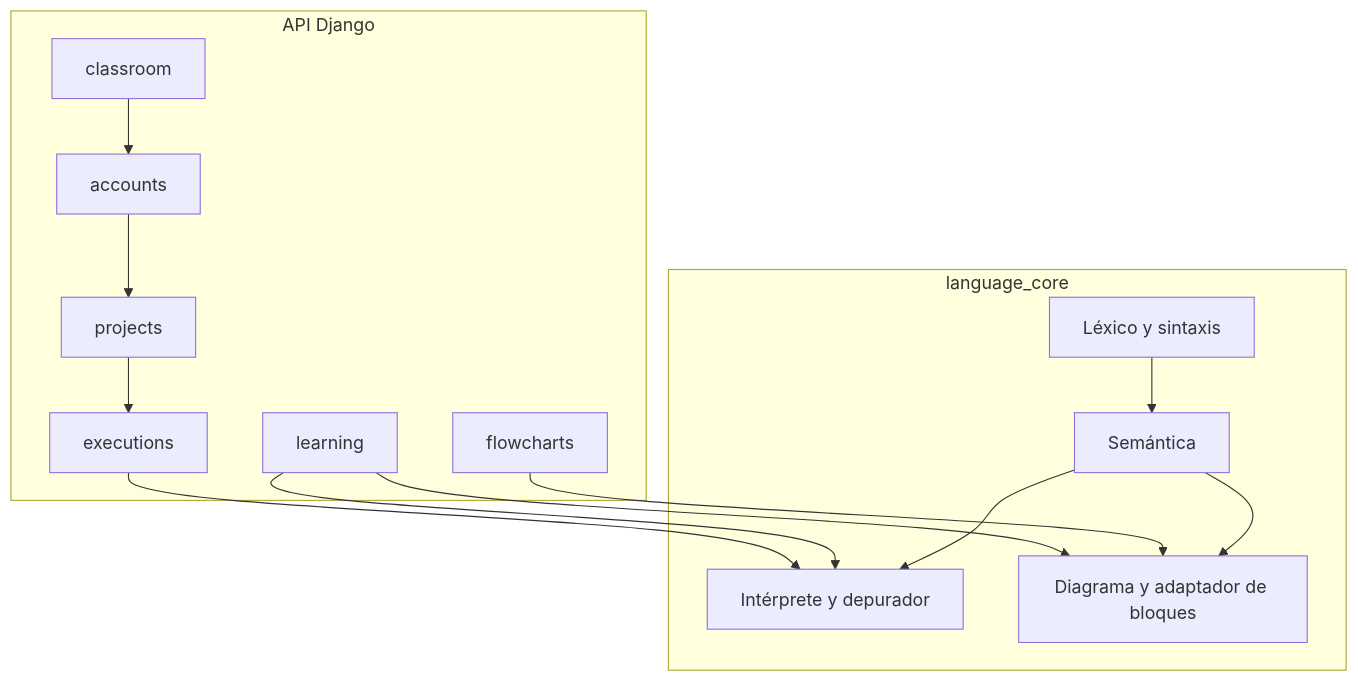
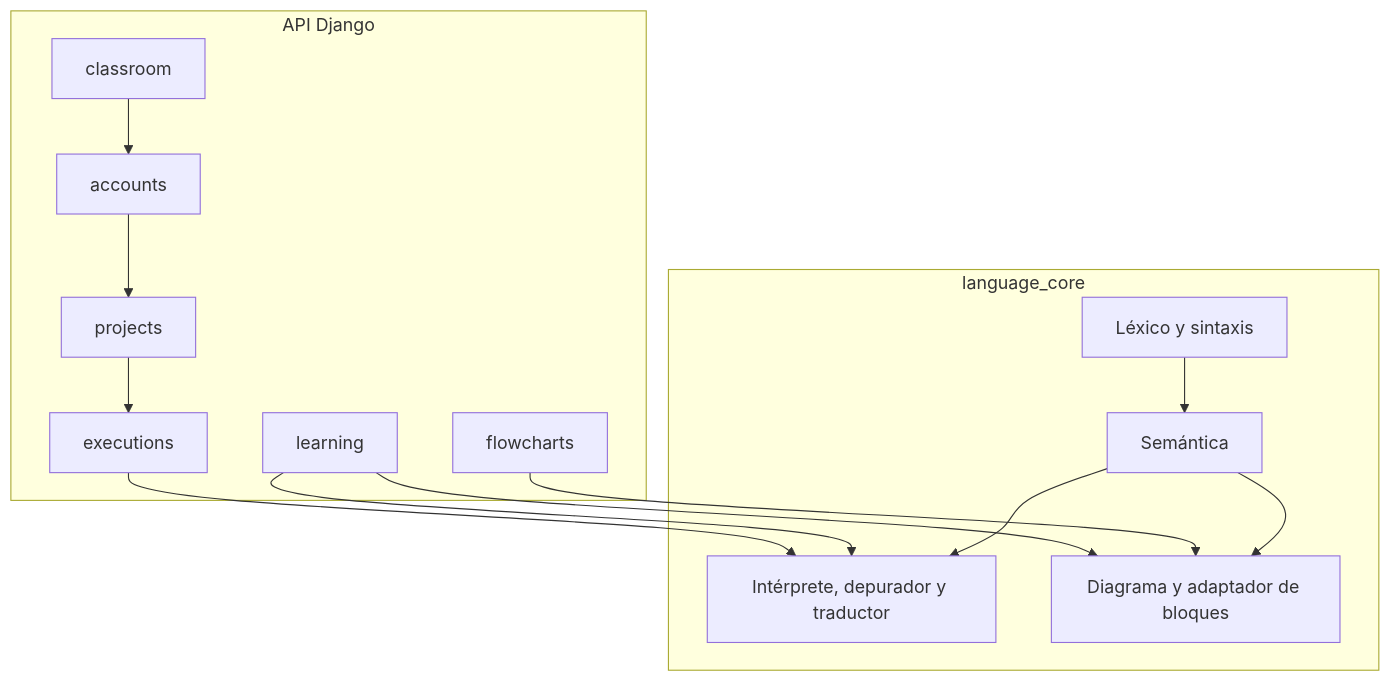
One commit to roque-code/FCDesign_client_server changed the third of 3 diagrams in docs/vistas/diagrama-c4.md. Above: the diagram before and after it, drawn with Mermaid. The commit also changed other lines of this file and 62 other files, not shown here.

````diff
--- a/docs/vistas/diagrama-c4.md
+++ b/docs/vistas/diagrama-c4.md
@@ -56,26 +60,26 @@
 ```mermaid
 flowchart TB
     subgraph api [API Django]
         accounts[accounts]
         projects[projects]
         executions[executions]
         learning[learning]
         classroom[classroom]
         charts[flowcharts]
     end
     subgraph nucleo [language_core]
         lex[Léxico y sintaxis]
         sem[Semántica]
-        interp[Intérprete y depurador]
+        interp[Intérprete, depurador y traductor]
         flow[Diagrama y adaptador de bloques]
     end
     accounts --> projects
     projects --> executions
     executions --> interp
     learning --> flow
     learning --> interp
     charts --> flow
     classroom --> accounts
     lex --> sem --> interp
     sem --> flow
 ```
````
